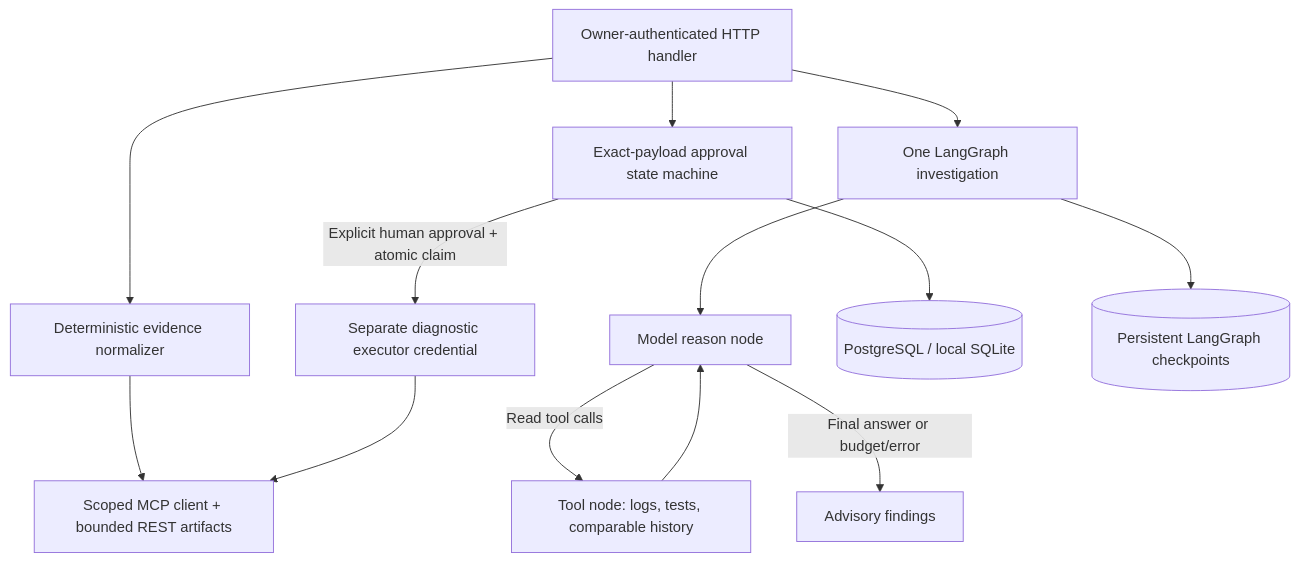
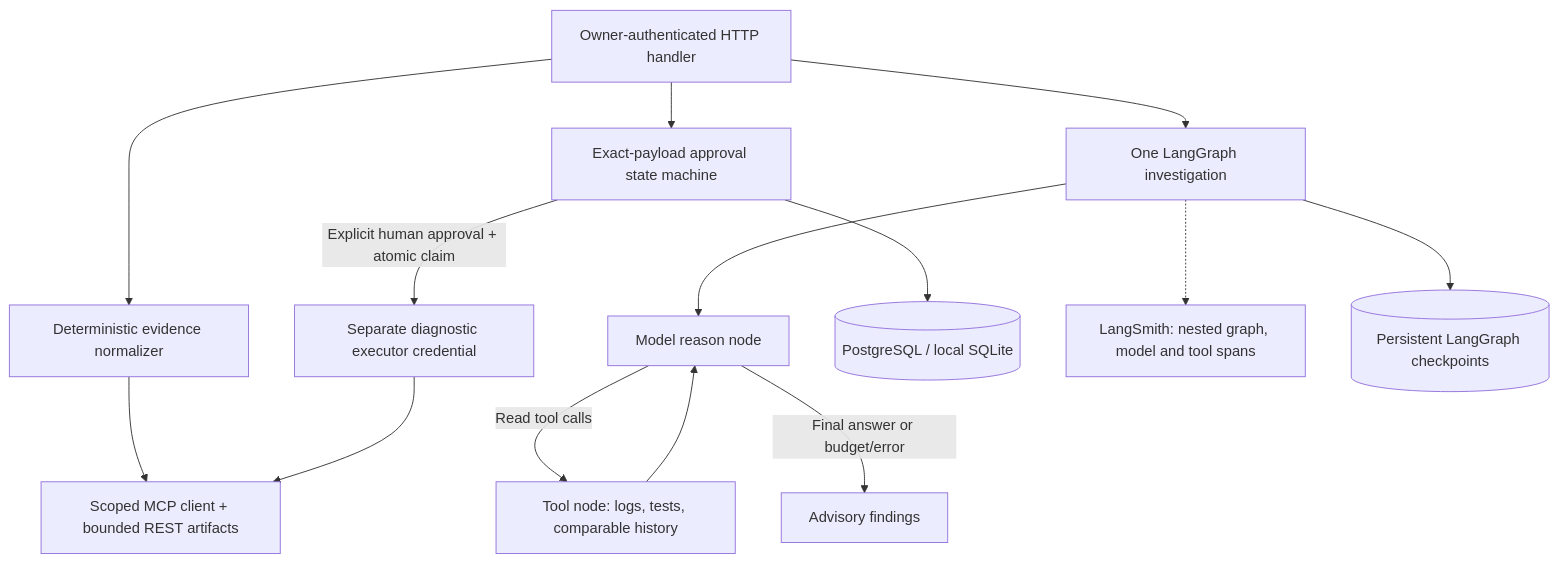
The third of 4 diagrams in outputs/Change-Guardian-C4-Architecture.md (kdhandapani-hub/change-guardian), drawn with Mermaid before and after one commit. The commit also changed other lines of this file and 11 other files, not shown here.

Commit message:
Enable LangSmith investigation tracing and document verified Replit run

````diff
--- a/outputs/Change-Guardian-C4-Architecture.md
+++ b/outputs/Change-Guardian-C4-Architecture.md
@@ -58,15 +62,16 @@
 ```mermaid
 flowchart TD
   HTTP[Owner-authenticated HTTP handler] --> Evidence[Deterministic evidence normalizer]
   HTTP --> Graph[One LangGraph investigation]
   Evidence --> MCP[Scoped MCP client + bounded REST artifacts]
   Graph --> Reason[Model reason node]
   Reason -->|Read tool calls| Tools[Tool node: logs, tests, comparable history]
   Tools --> Reason
   Reason -->|Final answer or budget/error| Advisory[Advisory findings]
   HTTP --> Approval[Exact-payload approval state machine]
   Approval -->|Explicit human approval + atomic claim| Executor[Separate diagnostic executor credential]
   Executor --> MCP
   Approval --> DB[(PostgreSQL / local SQLite)]
+  Graph -.-> Tracing[LangSmith: nested graph, model and tool spans]
   Graph --> Checkpoints[(Persistent LangGraph checkpoints)]
 ```
````
